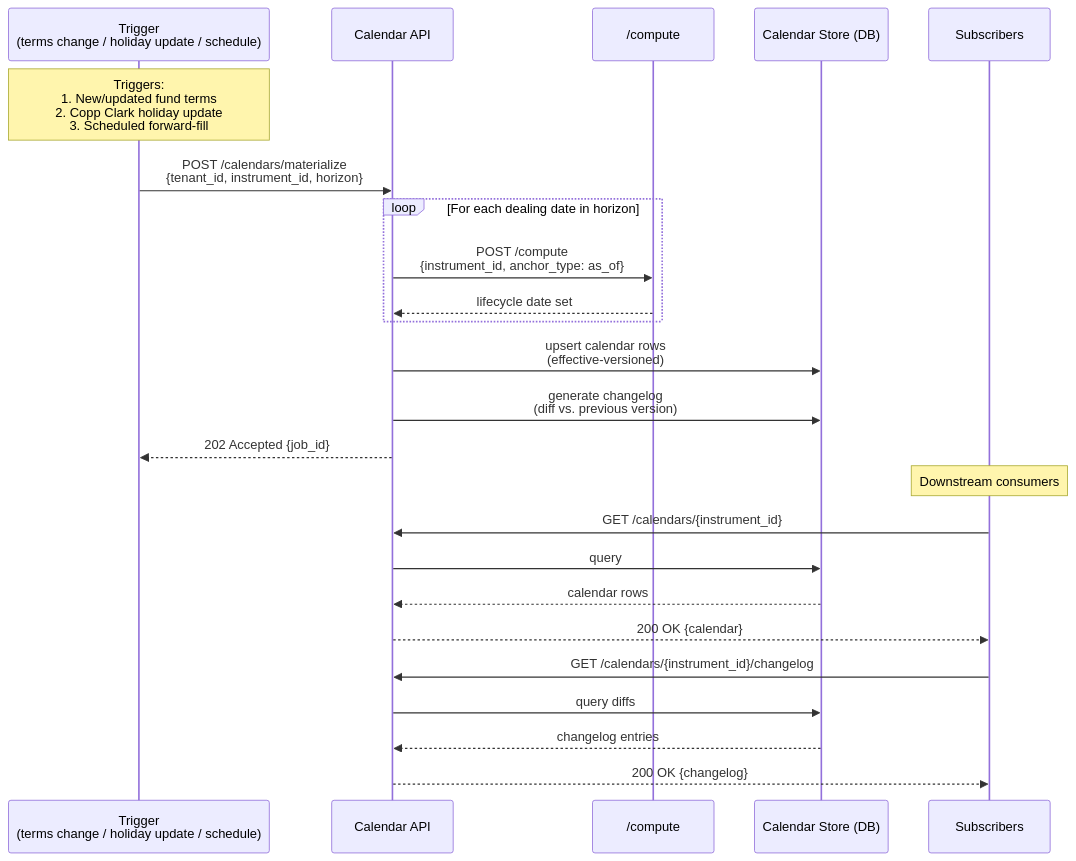
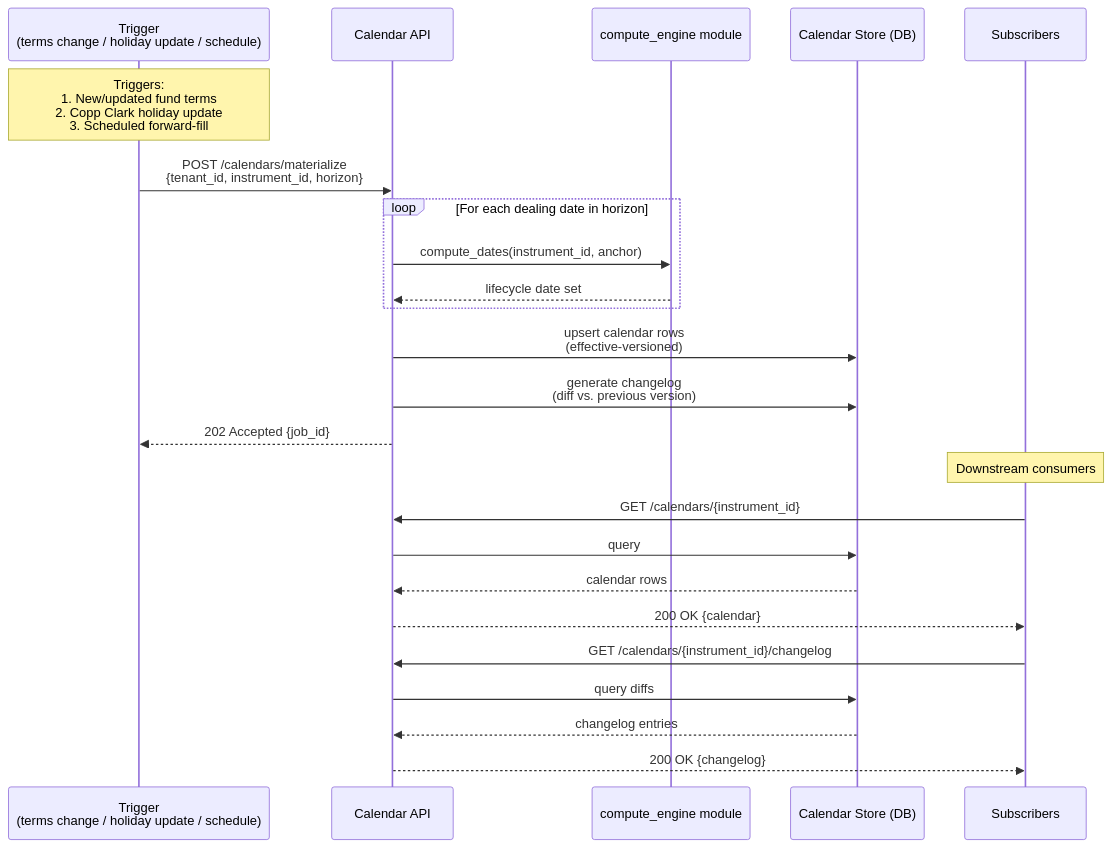
One commit to Ashu290905/OSYTE changed the fourth of 4 diagrams in lcs-main/docs/architecture.md. Above: the diagram before and after it, drawn with Mermaid. The commit also changed other lines of this file, not shown here.

First line of the commit message:
Compute engine as shared module with codebase structure

````diff
--- a/lcs-main/docs/architecture.md
+++ b/lcs-main/docs/architecture.md
@@ -317,35 +338,35 @@
 ```mermaid
 sequenceDiagram
     participant Trigger as Trigger<br/>(terms change / holiday update / schedule)
     participant CalAPI as Calendar API
-    participant Comp as /compute
+    participant CE as compute_engine module
     participant Store as Calendar Store (DB)
     participant Sub as Subscribers
 
     Note over Trigger: Triggers:<br/>1. New/updated fund terms<br/>2. Copp Clark holiday update<br/>3. Scheduled forward-fill
 
     Trigger->>CalAPI: POST /calendars/materialize<br/>{tenant_id, instrument_id, horizon}
 
     loop For each dealing date in horizon
-        CalAPI->>Comp: POST /compute<br/>{instrument_id, anchor_type: as_of}
-        Comp-->>CalAPI: lifecycle date set
+        CalAPI->>CE: compute_dates(instrument_id, anchor)
+        CE-->>CalAPI: lifecycle date set
     end
 
     CalAPI->>Store: upsert calendar rows<br/>(effective-versioned)
 
     CalAPI->>Store: generate changelog<br/>(diff vs. previous version)
 
     CalAPI-->>Trigger: 202 Accepted {job_id}
 
     Note over Sub: Downstream consumers
 
     Sub->>CalAPI: GET /calendars/{instrument_id}
     CalAPI->>Store: query
     Store-->>CalAPI: calendar rows
     CalAPI-->>Sub: 200 OK {calendar}
 
     Sub->>CalAPI: GET /calendars/{instrument_id}/changelog
     CalAPI->>Store: query diffs
     Store-->>CalAPI: changelog entries
     CalAPI-->>Sub: 200 OK {changelog}
 ```
````
